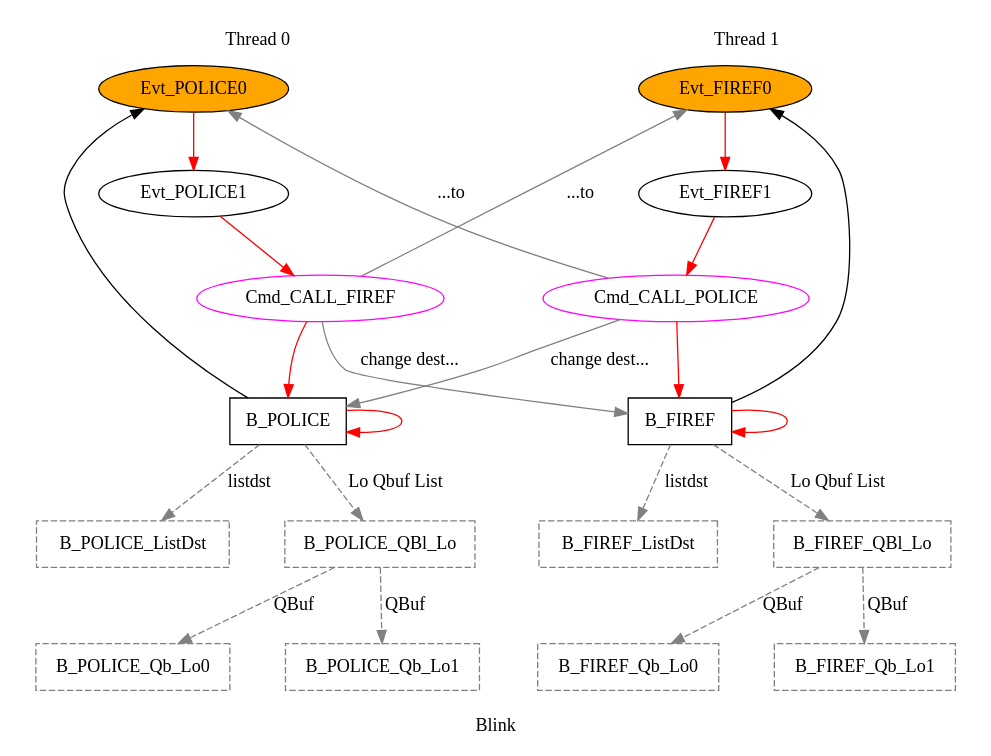
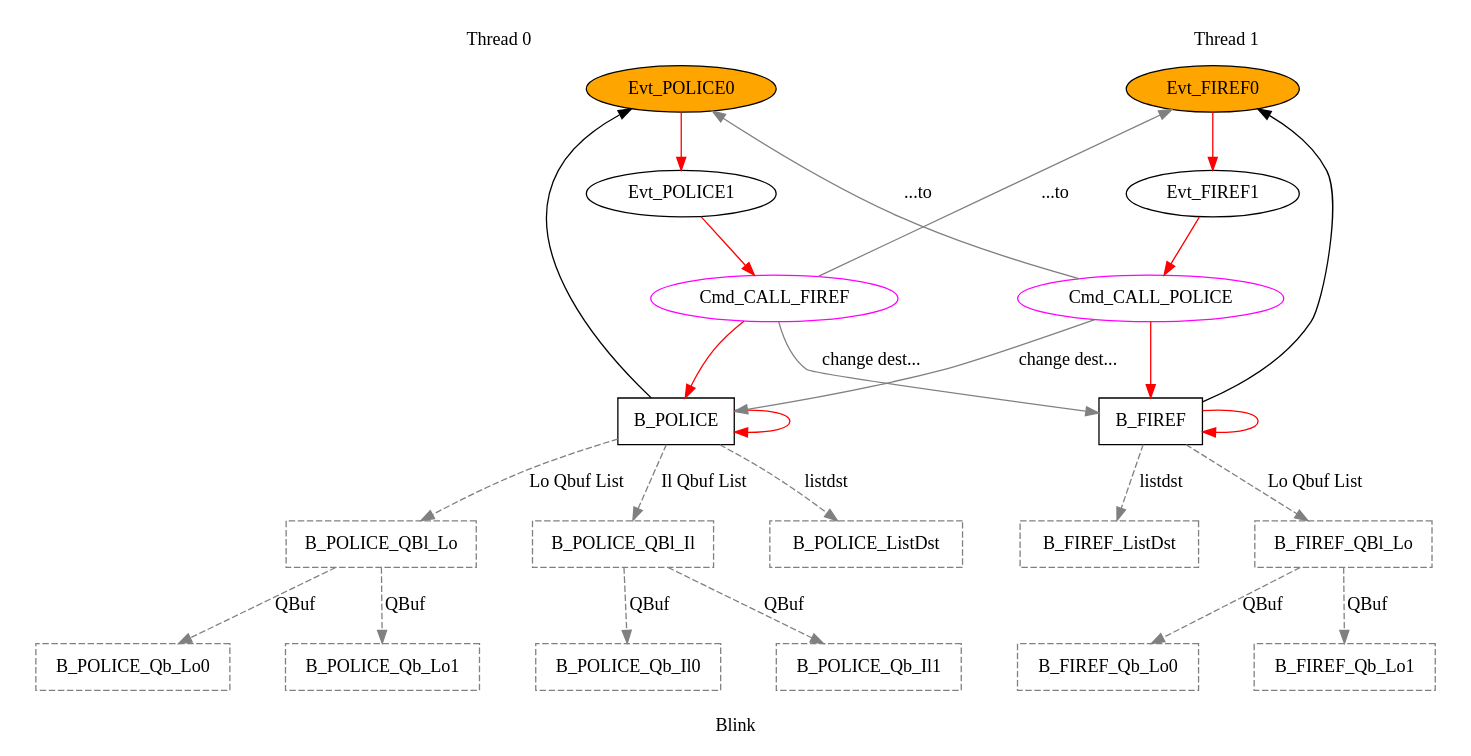
Before and after one commit to GSI-CS-CO/bel_projects: the diagram in modules/ftm/ftmx86/blink.dot, drawn with Graphviz.

Commit message:
slightly modified test case

```diff
--- a/modules/ftm/ftmx86/blink.dot
+++ b/modules/ftm/ftmx86/blink.dot
@@ -1,60 +1,70 @@
 digraph G {
+name = "blink2";
 graph [label="Blink", root="Evt_POLICE",  rankdir=TB, nodesep=0.6, mindist=0.6, ranksep=0.6, overlap=false]
 node [type="TMsg", shape="rectangle",  style="filled", fillcolor="white", color="black"]
 edge [type="defdst", color="red"]
 
 subgraph cluster_0 {
   color = "none";
 Evt_POLICE0        [type="TMsg",                tOffs=0, id="0x0000000000000110", par="0x123", shape="oval", fillcolor="orange"];
 Evt_POLICE1        [type="TMsg",                tOffs=500, id="0x0000000000000110", par="0x123", shape="oval"];
 Cmd_CALL_FIREF   [shape="oval",             tOffs=300, type="Flow", color="magenta", tValid=0, qty=1];
 B_POLICE          [type="Block",         tPeriod=2000000000];
 Evt_POLICE0 -> Evt_POLICE1 -> Cmd_CALL_FIREF -> B_POLICE -> B_POLICE;
 B_POLICE   -> Evt_POLICE0 [type="altdst", color="black"];
 
 B_POLICE_ListDst [type="ListDst", color="grey", style=dashed, flags=0];
 B_POLICE_QBl_Lo [type="QInfo", color="grey", style=dashed, flags=0];
 B_POLICE_Qb_Lo0 [type="QBuf", color="grey", style=dashed, flags=0];
 B_POLICE_Qb_Lo1 [type="QBuf", color="grey", style=dashed, flags=0];
 B_POLICE->B_POLICE_QBl_Lo [type="priolo", color="grey", style=dashed, label="Lo Qbuf List"];
 B_POLICE_QBl_Lo->B_POLICE_Qb_Lo0 [type="meta", color="grey", style=dashed, label="QBuf"];
 B_POLICE_QBl_Lo->B_POLICE_Qb_Lo1 [type="meta", color="grey", style=dashed, label="QBuf"];
+
+B_POLICE_QBl_Il [type="QInfo", color="grey", style=dashed, flags=0];
+B_POLICE_Qb_Il0 [type="QBuf", color="grey", style=dashed, flags=0];
+B_POLICE_Qb_Il1 [type="QBuf", color="grey", style=dashed, flags=0];
+B_POLICE->B_POLICE_QBl_Il [type="prioIl", color="grey", style=dashed, label="Il Qbuf List"];
+B_POLICE_QBl_Il->B_POLICE_Qb_Il0 [type="meta", color="grey", style=dashed, label="QBuf"];
+B_POLICE_QBl_Il->B_POLICE_Qb_Il1 [type="meta", color="grey", style=dashed, label="QBuf"];
+
+
 B_POLICE->B_POLICE_ListDst [type="listdst", color="grey", style=dashed, label="listdst"];
 
 
 label = "Thread 0"
 }
 
 subgraph cluster_1 {
 Evt_FIREF0         [type="TMsg",              tOffs=0, id="0x0000000000000112", par="0x0", shape="oval", fillcolor="orange"];
 Evt_FIREF1         [type="TMsg",              tOffs=0, id="0x0000000000000112", par="0x0", shape="oval"];
 Cmd_CALL_POLICE   [shape="oval",             tOffs=1000, type="Flow", color="magenta", tValid=0, qty=1];
 B_FIREF           [type="Block",         tPeriod=4000000000];
 Evt_FIREF0  -> Evt_FIREF1 -> Cmd_CALL_POLICE -> B_FIREF -> B_FIREF;
 B_FIREF   -> Evt_FIREF0 [type="altdst", color="black"];
 B_FIREF_ListDst [type="ListDst", color="grey", style=dashed, flags=0];
 B_FIREF_QBl_Lo [type="QInfo", color="grey", style=dashed, flags=0];
 B_FIREF_Qb_Lo0 [type="QBuf", color="grey", style=dashed, flags=0];
 B_FIREF_Qb_Lo1 [type="QBuf", color="grey", style=dashed, flags=0];
 B_FIREF->B_FIREF_QBl_Lo [type="priolo", color="grey", style=dashed, label="Lo Qbuf List"];
 B_FIREF_QBl_Lo->B_FIREF_Qb_Lo0 [type="meta", color="grey", style=dashed, label="QBuf"];
 B_FIREF_QBl_Lo->B_FIREF_Qb_Lo1 [type="meta", color="grey", style=dashed, label="QBuf"];
 B_FIREF->B_FIREF_ListDst [type="listdst", color="grey", style=dashed, label="listdst"];
 color = "none";
 label = "Thread 1"
 }
 
 Cmd_CALL_POLICE  -> B_POLICE [type="target", color="grey", label="change dest..."];
 Cmd_CALL_POLICE  -> Evt_POLICE0 [type="flowdst", color="grey", label="...to"];
 
 
 
 
 
 Cmd_CALL_FIREF  -> B_FIREF [type="target", color="grey", label="change dest..."];
 Cmd_CALL_FIREF  -> Evt_FIREF0 [type="flowdst", color="grey", label="...to"];
 
 
 
 
 }
```
